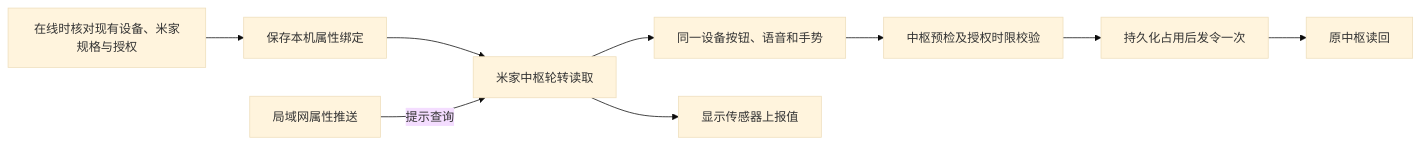
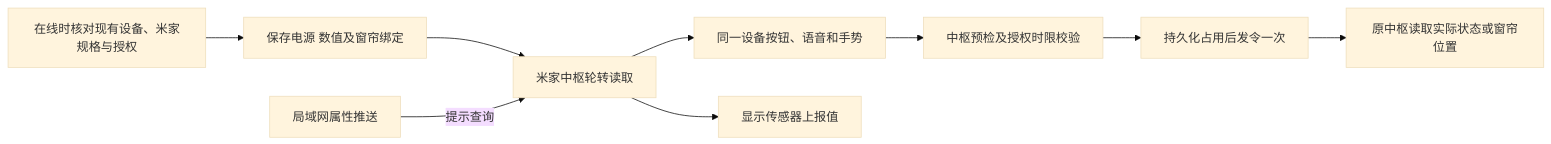
One commit to Geeprox/Friday changed the sixth of 42 diagrams in docs/architecture.md. Above: the diagram before and after it, drawn with Mermaid (base theme). The commit also changed other lines of this file and 12 other files, not shown here.

````diff
--- a/docs/architecture.md
+++ b/docs/architecture.md
@@ -119,11 +121,11 @@
 ```mermaid
 flowchart LR
-  A[在线时核对现有设备、米家规格与授权] --> B[保存本机属性绑定]
+  A[在线时核对现有设备、米家规格与授权] --> B[保存电源 数值及窗帘绑定]
   B --> C[米家中枢轮转读取]
   I[局域网属性推送] -->|提示查询| C
   C --> D[同一设备按钮、语音和手势]
   D --> E[中枢预检及授权时限校验]
   E --> F[持久化占用后发令一次]
-  F --> G[原中枢读回]
+  F --> G[原中枢读取实际状态或窗帘位置]
   C --> H[显示传感器上报值]
 ```
````
